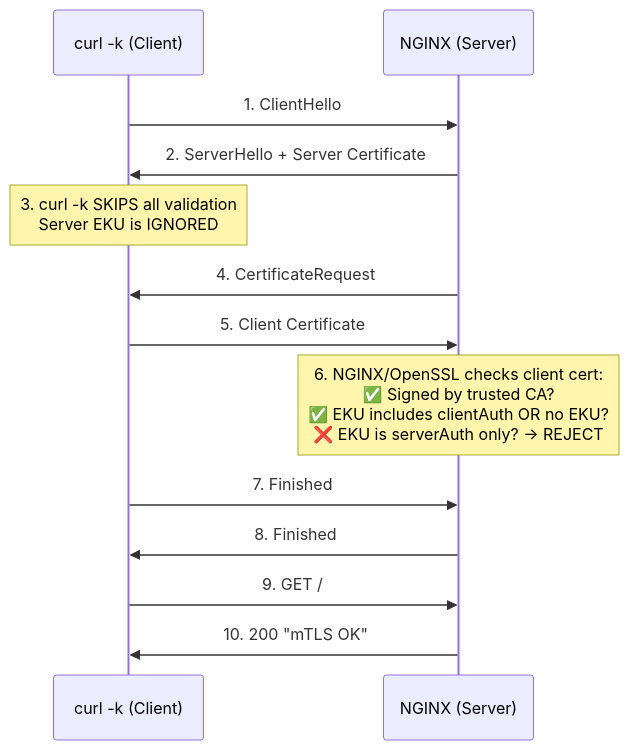
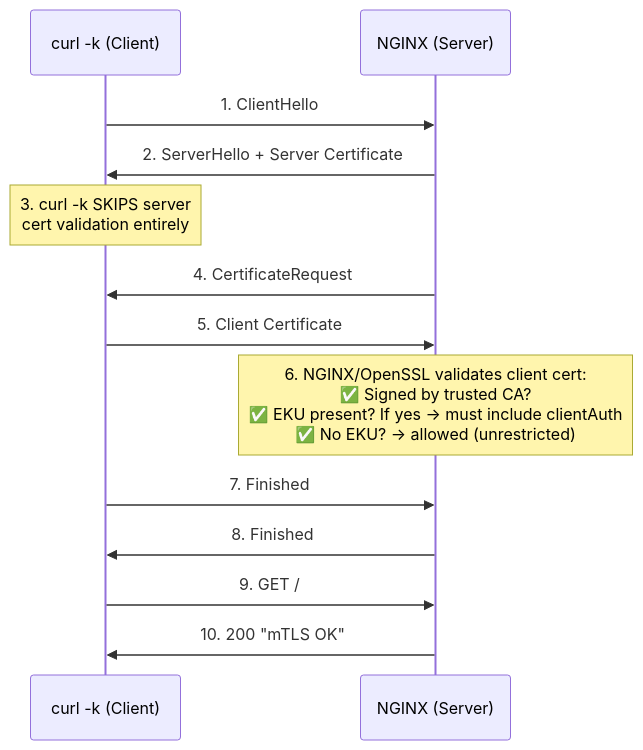
One commit to jaysonv/mtls-lab changed the second of 6 diagrams in README.md. Above: the diagram before and after it, drawn with Mermaid. The commit also changed other lines of this file and 2 other files, not shown here.

````diff
--- a/README.md
+++ b/README.md
@@ -54,16 +49,16 @@
 ```mermaid
 sequenceDiagram
     participant C as curl -k (Client)
     participant N as NGINX (Server)
 
     C->>N: 1. ClientHello
     N->>C: 2. ServerHello + Server Certificate
-    Note over C: 3. curl -k SKIPS all validation<br/>Server EKU is IGNORED
+    Note over C: 3. curl -k SKIPS server<br/>cert validation entirely
     N->>C: 4. CertificateRequest
     C->>N: 5. Client Certificate
-    Note over N: 6. NGINX/OpenSSL checks client cert:<br/>✅ Signed by trusted CA?<br/>✅ EKU includes clientAuth OR no EKU?<br/>❌ EKU is serverAuth only? → REJECT
+    Note over N: 6. NGINX/OpenSSL validates client cert:<br/>✅ Signed by trusted CA?<br/>✅ EKU present? If yes → must include clientAuth<br/>✅ No EKU? → allowed (unrestricted)
     C->>N: 7. Finished
     N->>C: 8. Finished
     C->>N: 9. GET /
     N->>C: 10. 200 "mTLS OK"
 ```
````
